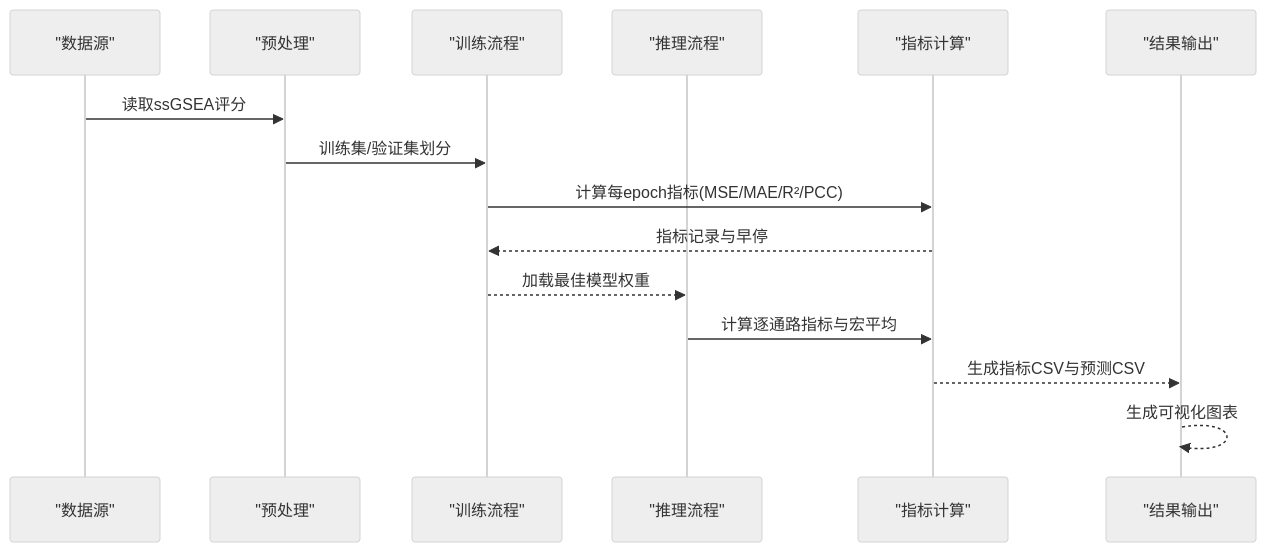
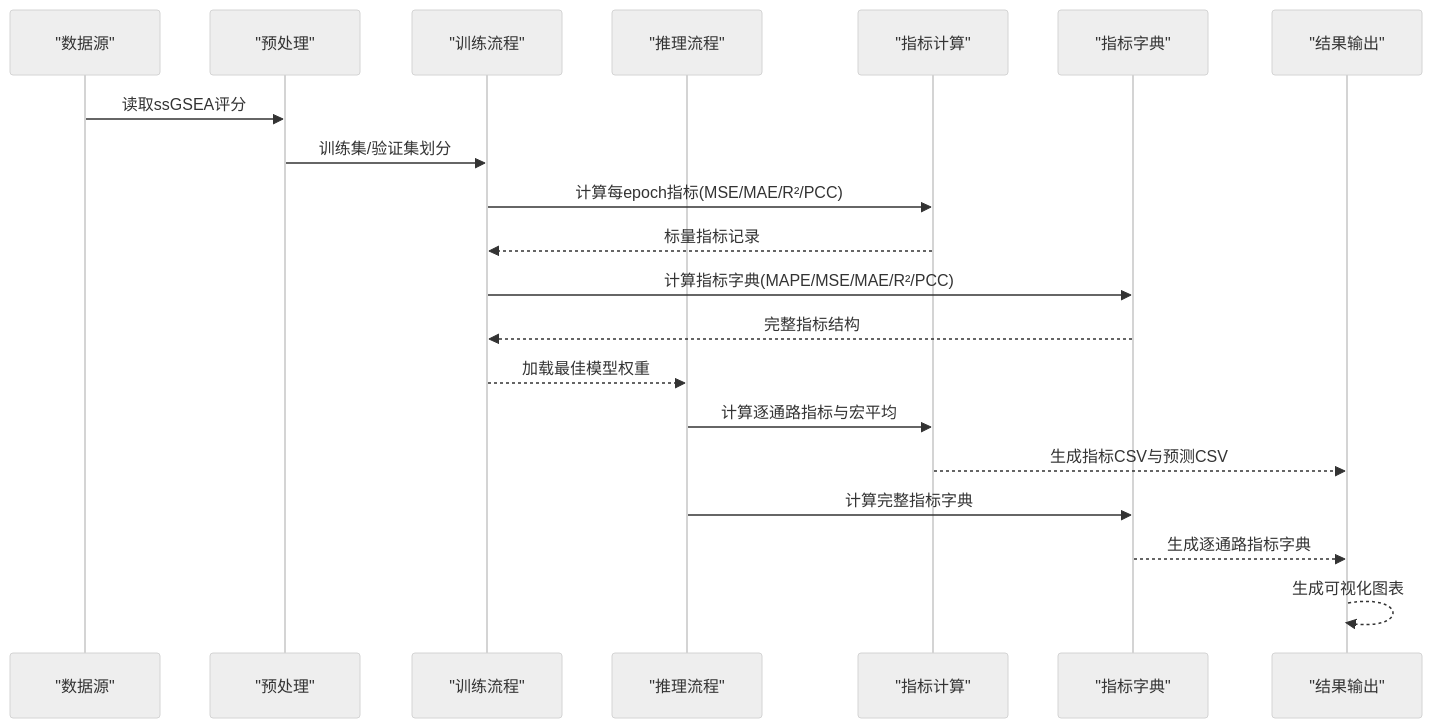
The second of 3 diagrams in .qoder/repowiki/zh/content/推理评估系统/评估指标与结果分析.md (qzs610038-star/AI-esophagus-cancer-basedon-HF-HT), drawn with Mermaid (neutral theme) before and after one commit. The commit also changed other lines of this file and 14 other files, not shown here.

````diff
--- a/.qoder/repowiki/zh/content/推理评估系统/评估指标与结果分析.md
+++ b/.qoder/repowiki/zh/content/推理评估系统/评估指标与结果分析.md
@@ -105,17 +131,22 @@
 ```mermaid
 sequenceDiagram
 participant Data as "数据源"
 participant Pre as "预处理"
 participant Train as "训练流程"
 participant Infer as "推理流程"
 participant Metrics as "指标计算"
+participant DictMetrics as "指标字典"
 participant Out as "结果输出"
 Data->>Pre : 读取ssGSEA评分
 Pre->>Train : 训练集/验证集划分
 Train->>Metrics : 计算每epoch指标(MSE/MAE/R²/PCC)
-Metrics-->>Train : 指标记录与早停
+Metrics-->>Train : 标量指标记录
+Train->>DictMetrics : 计算指标字典(MAPE/MSE/MAE/R²/PCC)
+DictMetrics-->>Train : 完整指标结构
 Train-->>Infer : 加载最佳模型权重
 Infer->>Metrics : 计算逐通路指标与宏平均
 Metrics-->>Out : 生成指标CSV与预测CSV
+Infer->>DictMetrics : 计算完整指标字典
+DictMetrics-->>Out : 生成逐通路指标字典
 Out-->>Out : 生成可视化图表
 ```
````
